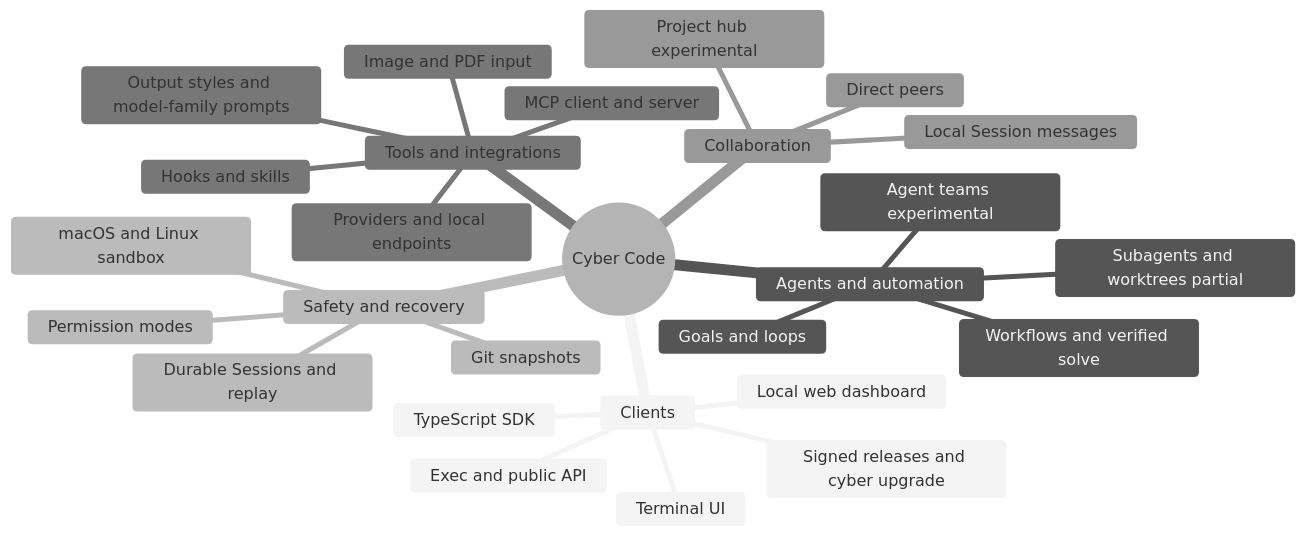
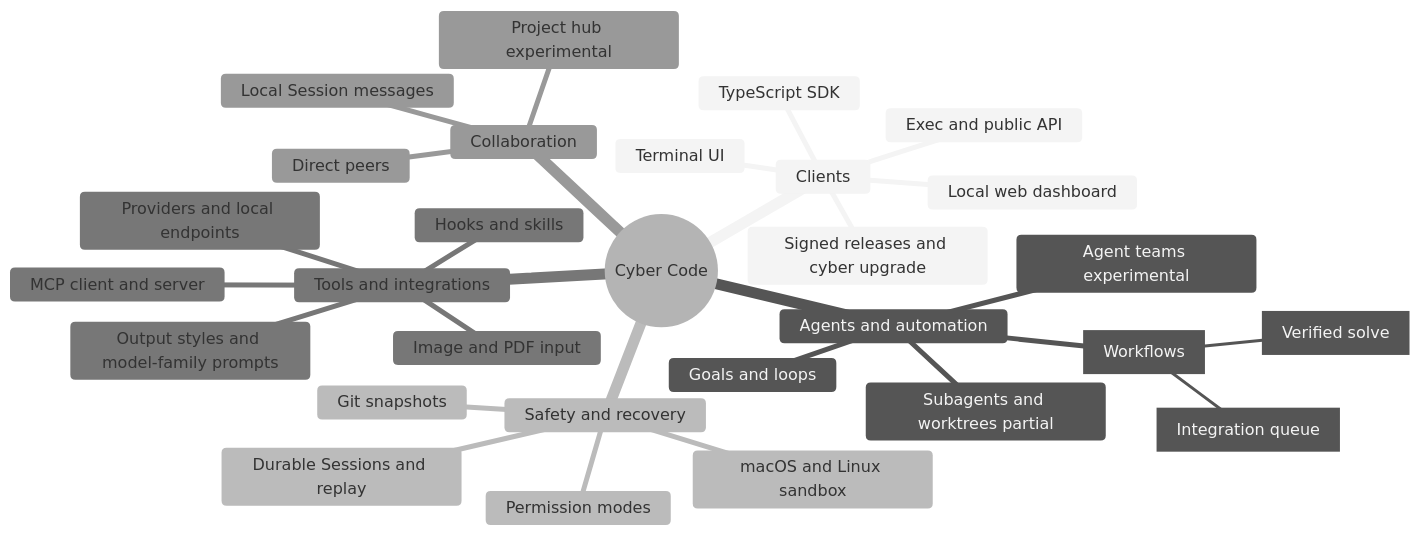
One commit to CyberdyneCorp/cybercode-cli changed the diagram in README.md. Above: the diagram before and after it, drawn with Mermaid (neutral theme). The commit also changed other lines of this file and 58 other files, not shown here.

Commit message:
feat(workflows): verify complementary contributions in a durable queue

````diff
--- a/README.md
+++ b/README.md
@@ -106,30 +106,32 @@
 ```mermaid
 mindmap
   root((Cyber Code))
     Clients
       Terminal UI
       Exec and public API
       Local web dashboard
       TypeScript SDK
       Signed releases and cyber upgrade
     Agents and automation
       Subagents and worktrees partial
-      Workflows and verified solve
+      workflows["Workflows"]
+        solve["Verified solve"]
+        integrations["Integration queue"]
       Goals and loops
       Agent teams experimental
     Safety and recovery
       Permission modes
       macOS and Linux sandbox
       Git snapshots
       Durable Sessions and replay
     Tools and integrations
       Providers and local endpoints
       MCP client and server
       Hooks and skills
       Image and PDF input
       Output styles and model-family prompts
     Collaboration
       Local Session messages
       Direct peers
       Project hub experimental
 ```
````
